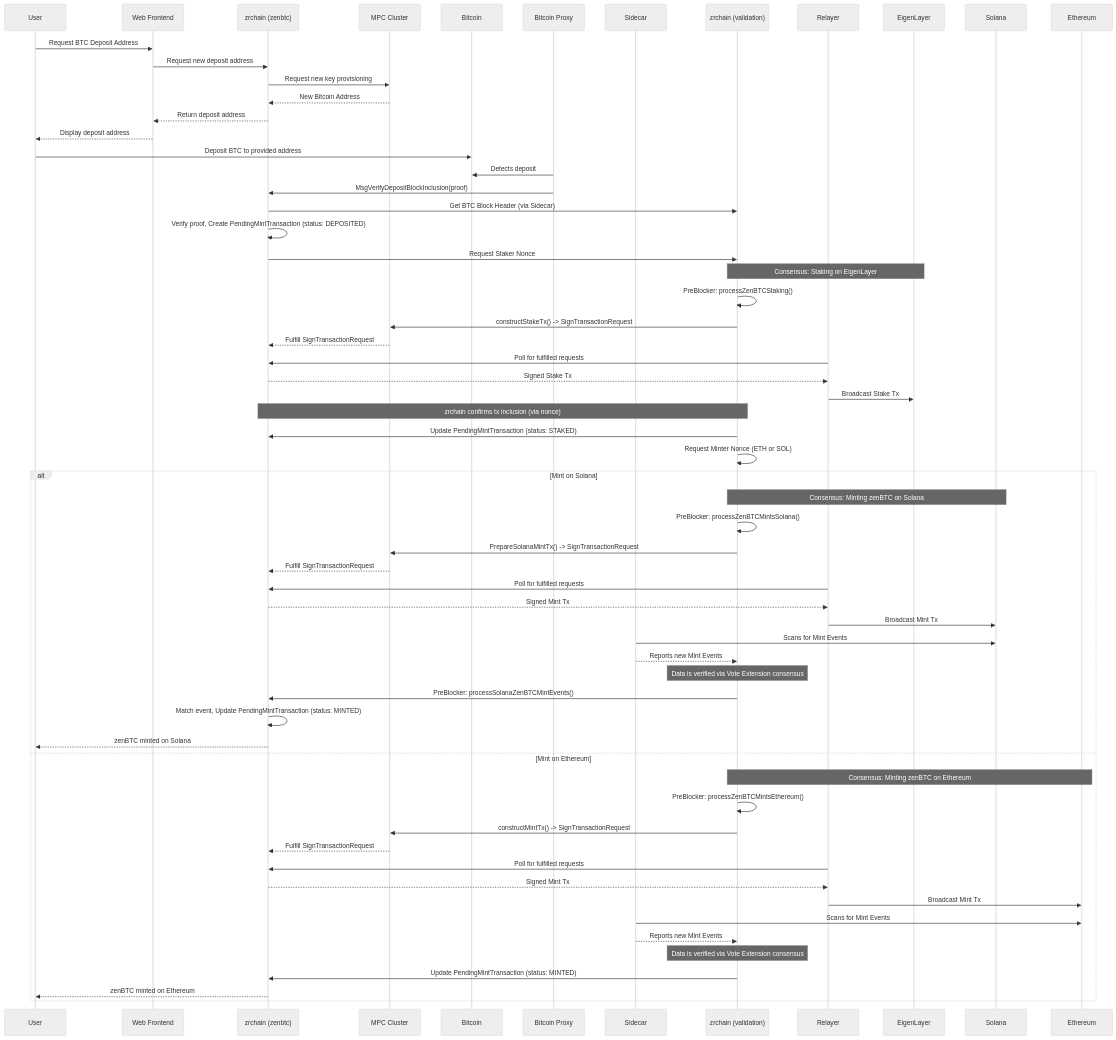
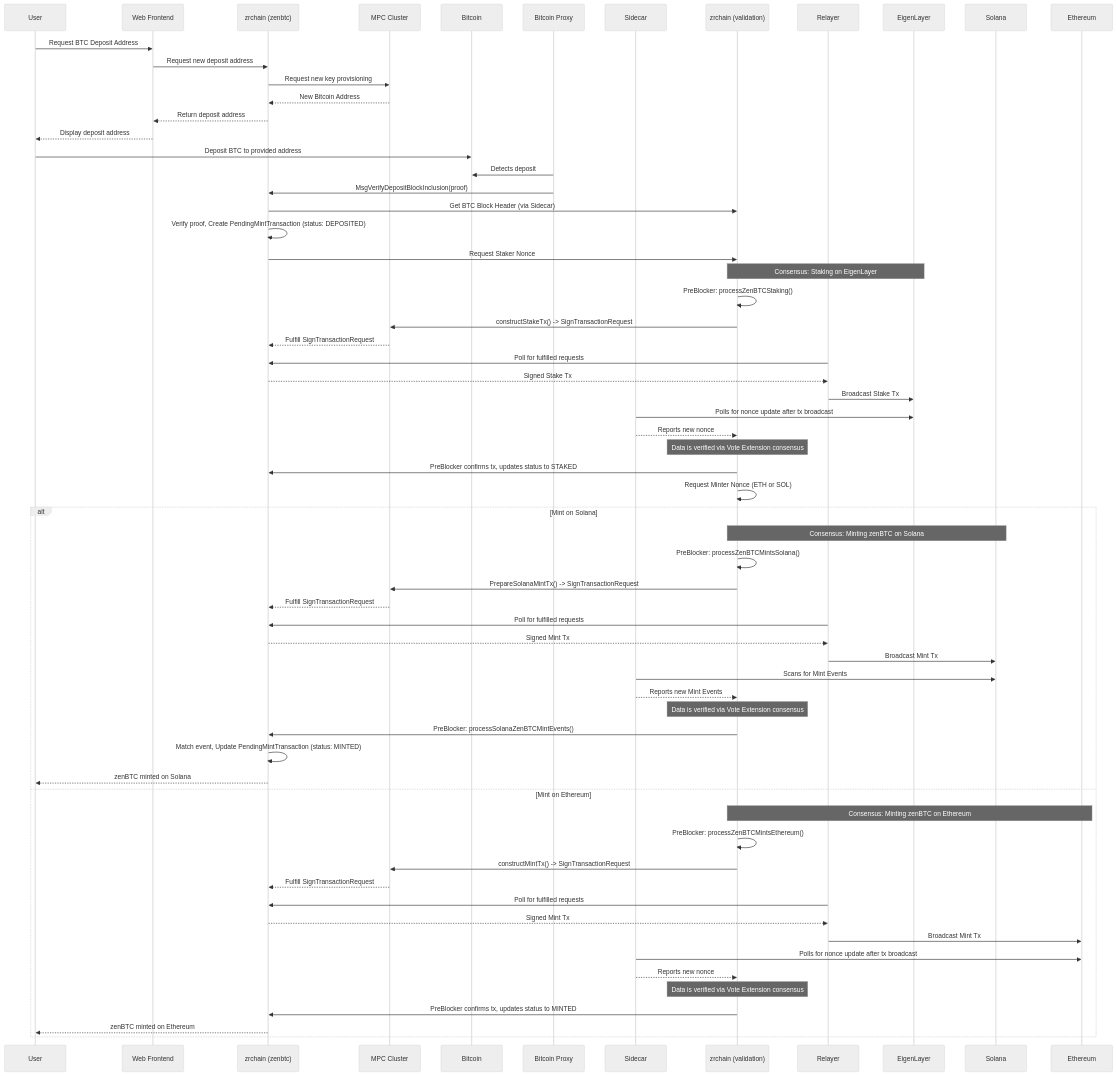
The first of 3 diagrams in docs/README.md (zenrocklabs/zrchain), drawn with Mermaid (neutral theme) before and after one commit. The commit also changed other lines of this file, not shown here.

````diff
--- a/docs/README.md
+++ b/docs/README.md
@@ -13,73 +13,75 @@
 ```mermaid
 sequenceDiagram
     participant User
     participant Web Frontend
     participant zrchain as zrchain (zenbtc)
     participant MPC Cluster
     participant Bitcoin
     participant Bitcoin Proxy
     participant Sidecar
     participant zrchain_val as zrchain (validation)
     participant Relayer
     participant EigenLayer
     participant Solana
     participant Ethereum
 
     User->>Web Frontend: Request BTC Deposit Address
     Web Frontend->>zrchain: Request new deposit address
     zrchain->>MPC Cluster: Request new key provisioning
     MPC Cluster-->>zrchain: New Bitcoin Address
     zrchain-->>Web Frontend: Return deposit address
     Web Frontend-->>User: Display deposit address
 
     User->>Bitcoin: Deposit BTC to provided address
     Bitcoin Proxy->>Bitcoin: Detects deposit
     Bitcoin Proxy->>zrchain: MsgVerifyDepositBlockInclusion(proof)
 
     zrchain->>zrchain_val: Get BTC Block Header (via Sidecar)
     zrchain->>zrchain: Verify proof, Create PendingMintTransaction (status: DEPOSITED)
     zrchain->>zrchain_val: Request Staker Nonce
 
     Note over zrchain_val,EigenLayer: Consensus: Staking on EigenLayer
     zrchain_val->>zrchain_val: PreBlocker: processZenBTCStaking()
     zrchain_val->>MPC Cluster: constructStakeTx() -> SignTransactionRequest
     MPC Cluster-->>zrchain: Fulfill SignTransactionRequest
     Relayer->>zrchain: Poll for fulfilled requests
     zrchain-->>Relayer: Signed Stake Tx
     Relayer->>EigenLayer: Broadcast Stake Tx
 
-    Note over zrchain_val, zrchain: zrchain confirms tx inclusion (via nonce)
-    zrchain_val->>zrchain: Update PendingMintTransaction (status: STAKED)
+    Sidecar->>EigenLayer: Polls for nonce update after tx broadcast
+    Sidecar-->>zrchain_val: Reports new nonce
+    Note over zrchain_val: Data is verified via Vote Extension consensus
+    zrchain_val->>zrchain: PreBlocker confirms tx, updates status to STAKED
     zrchain_val->>zrchain_val: Request Minter Nonce (ETH or SOL)
 
     alt Mint on Solana
         Note over zrchain_val,Solana: Consensus: Minting zenBTC on Solana
         zrchain_val->>zrchain_val: PreBlocker: processZenBTCMintsSolana()
         zrchain_val->>MPC Cluster: PrepareSolanaMintTx() -> SignTransactionRequest
         MPC Cluster-->>zrchain: Fulfill SignTransactionRequest
         Relayer->>zrchain: Poll for fulfilled requests
         zrchain-->>Relayer: Signed Mint Tx
         Relayer->>Solana: Broadcast Mint Tx
         
         Sidecar->>Solana: Scans for Mint Events
         Sidecar-->>zrchain_val: Reports new Mint Events
         Note over zrchain_val: Data is verified via Vote Extension consensus
         zrchain_val->>zrchain: PreBlocker: processSolanaZenBTCMintEvents()
         zrchain->>zrchain: Match event, Update PendingMintTransaction (status: MINTED)
         zrchain-->>User: zenBTC minted on Solana
     else Mint on Ethereum
         Note over zrchain_val,Ethereum: Consensus: Minting zenBTC on Ethereum
         zrchain_val->>zrchain_val: PreBlocker: processZenBTCMintsEthereum()
         zrchain_val->>MPC Cluster: constructMintTx() -> SignTransactionRequest
         MPC Cluster-->>zrchain: Fulfill SignTransactionRequest
         Relayer->>zrchain: Poll for fulfilled requests
         zrchain-->>Relayer: Signed Mint Tx
         Relayer->>Ethereum: Broadcast Mint Tx
 
-        Sidecar->>Ethereum: Scans for Mint Events
-        Sidecar-->>zrchain_val: Reports new Mint Events
+        Sidecar->>Ethereum: Polls for nonce update after tx broadcast
+        Sidecar-->>zrchain_val: Reports new nonce
         Note over zrchain_val: Data is verified via Vote Extension consensus
-        zrchain_val->>zrchain: Update PendingMintTransaction (status: MINTED)
+        zrchain_val->>zrchain: PreBlocker confirms tx, updates status to MINTED
         zrchain-->>User: zenBTC minted on Ethereum
     end
 ```
````
